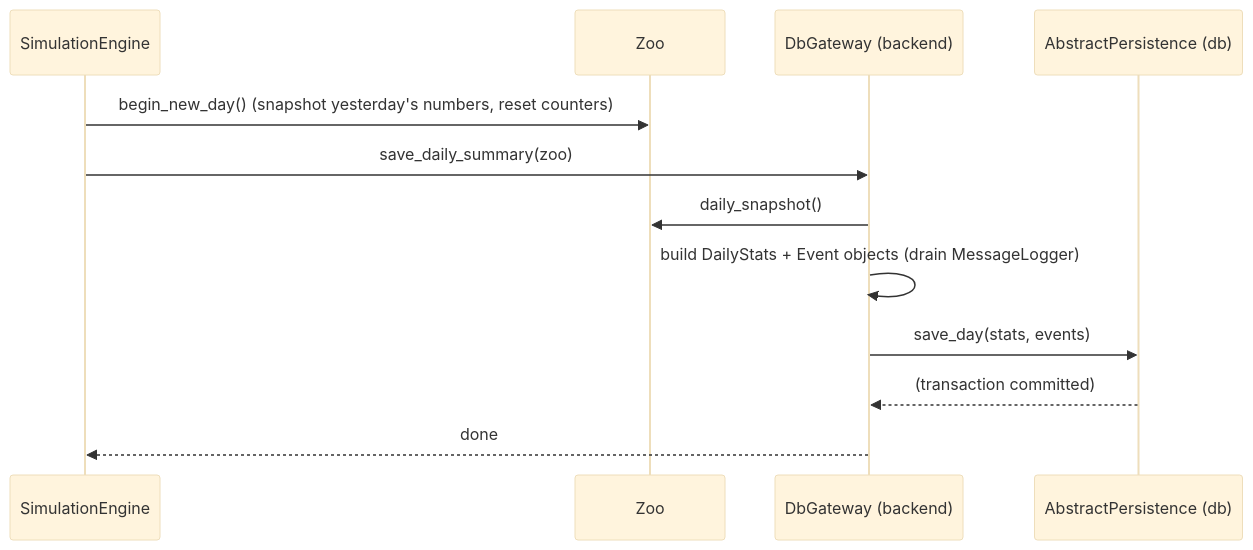
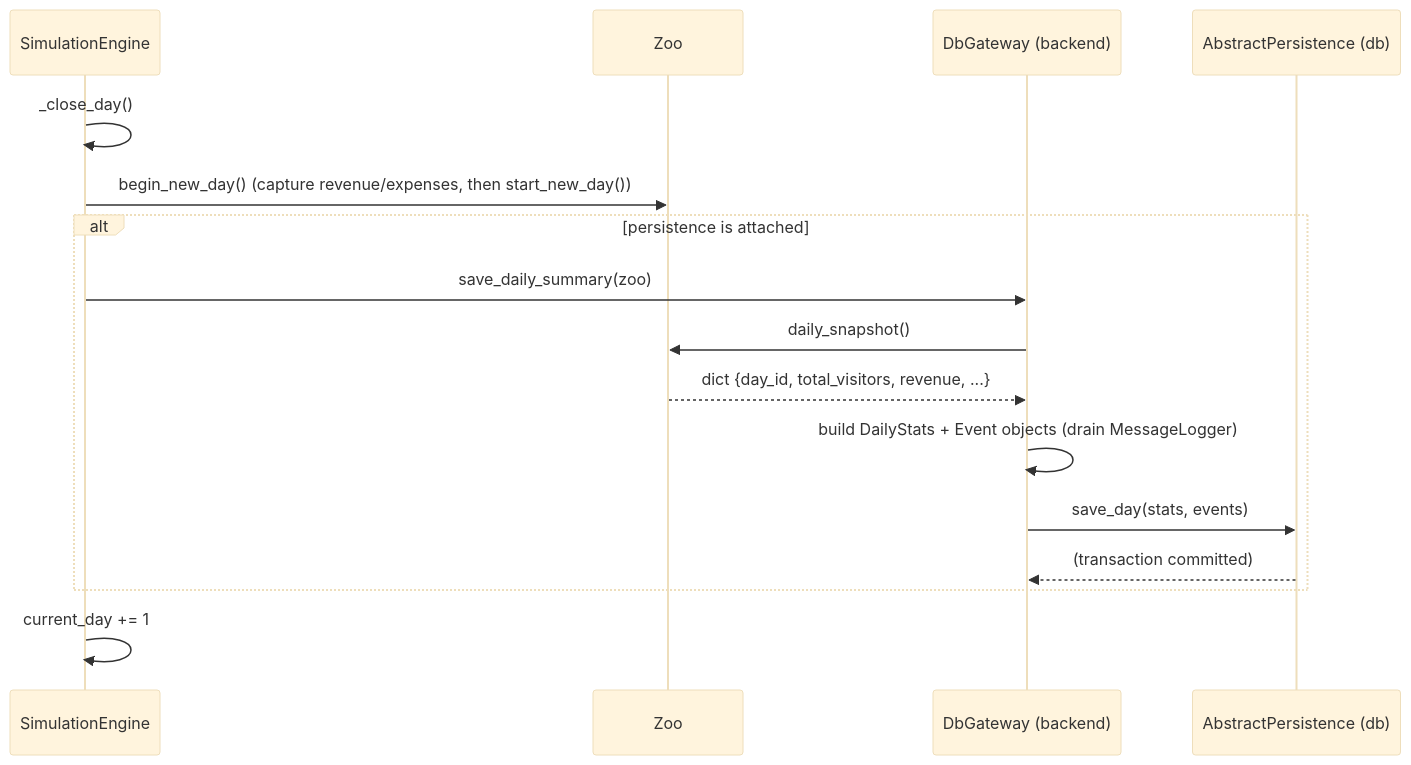
The third of 3 diagrams in backend/docs/sequence_diagrams.md (justforaprogramm/vivizoo), drawn with Mermaid (base theme) before and after one commit. The commit also changed other lines of this file and 26 other files, not shown here.

````diff
--- a/backend/docs/sequence_diagrams.md
+++ b/backend/docs/sequence_diagrams.md
@@ -74,15 +103,19 @@
 ```mermaid
 sequenceDiagram
     participant E as SimulationEngine
     participant Z as Zoo
     participant G as DbGateway (backend)
     participant P as AbstractPersistence (db)
 
-    E->>Z: begin_new_day()  (snapshot yesterday's numbers, reset counters)
-    E->>G: save_daily_summary(zoo)
-    G->>Z: daily_snapshot()
-    G->>G: build DailyStats + Event objects (drain MessageLogger)
-    G->>P: save_day(stats, events)
-    P-->>G: (transaction committed)
-    G-->>E: done
+    E->>E: _close_day()
+    E->>Z: begin_new_day()   (capture revenue/expenses, then start_new_day())
+    alt persistence is attached
+        E->>G: save_daily_summary(zoo)
+        G->>Z: daily_snapshot()
+        Z-->>G: dict {day_id, total_visitors, revenue, ...}
+        G->>G: build DailyStats + Event objects (drain MessageLogger)
+        G->>P: save_day(stats, events)
+        P-->>G: (transaction committed)
+    end
+    E->>E: current_day += 1
 ```
````
